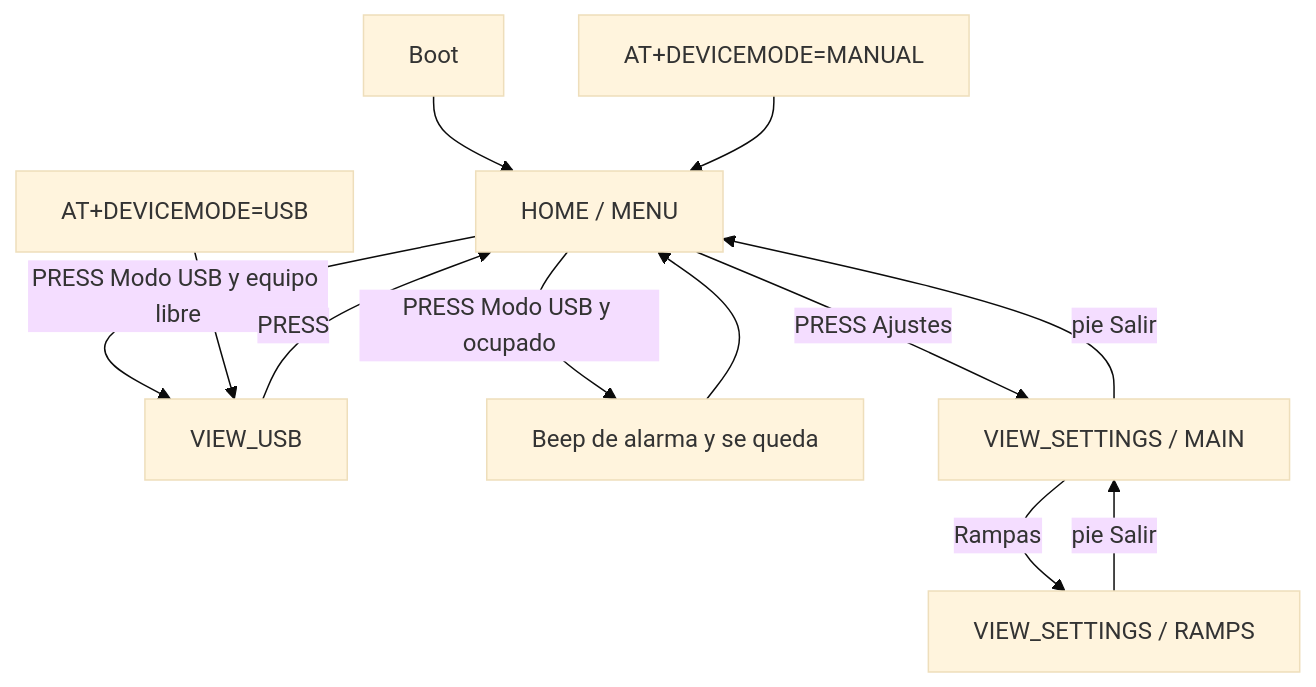
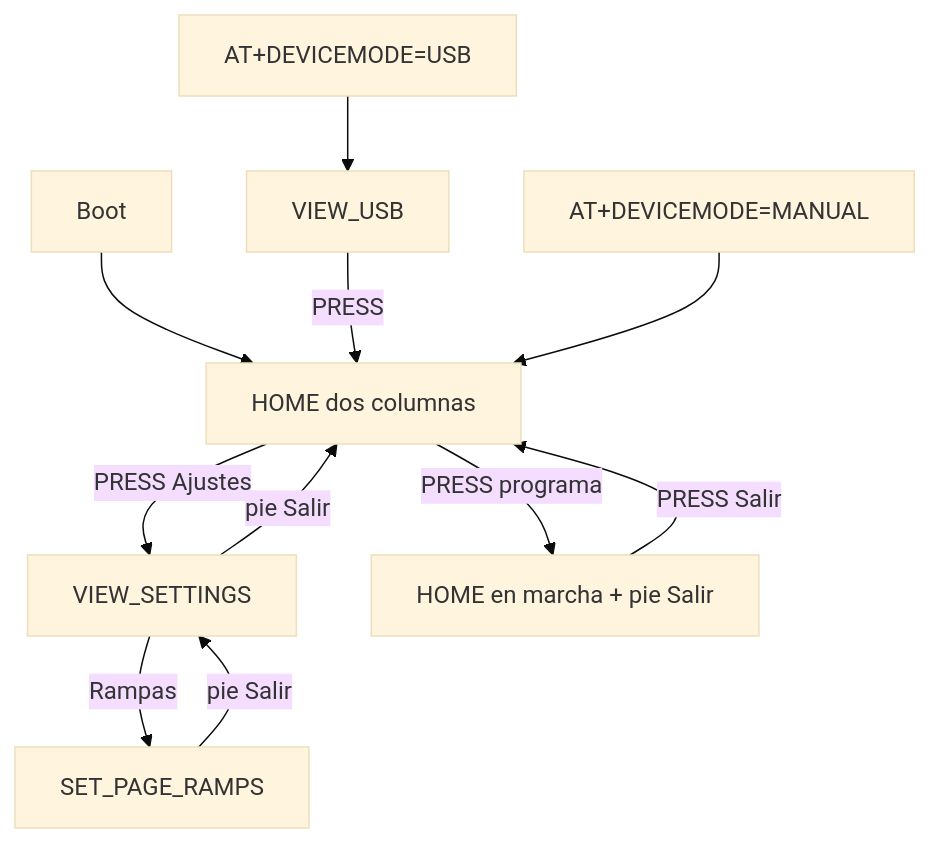
One commit to krisskira/smd-soldering-hotplate changed the third of 4 diagrams in doc/architecture.md. Above: the diagram before and after it, drawn with Mermaid (base theme). The commit also changed other lines of this file and 25 other files, not shown here.

First line of the commit message:
refactor: update home view and documentation for improved UI navigation

````diff
--- a/doc/architecture.md
+++ b/doc/architecture.md
@@ -123,14 +123,13 @@
 ```mermaid
 flowchart TD
-    boot["Boot"] --> menu["HOME / MENU"]
-    menu -->|"PRESS Modo USB y equipo libre"| usb["VIEW_USB"]
-    menu -->|"PRESS Modo USB y ocupado"| beep["Beep de alarma y se queda"]
-    beep --> menu
-    usb -->|"PRESS"| menu
-    menu -->|"PRESS Ajustes"| set["VIEW_SETTINGS / MAIN"]
-    set -->|"Rampas"| ramps["VIEW_SETTINGS / RAMPS"]
+    boot["Boot"] --> home["HOME dos columnas"]
+    home -->|"PRESS Ajustes"| set["VIEW_SETTINGS"]
+    home -->|"PRESS programa"| run["HOME en marcha + pie Salir"]
+    run -->|"PRESS Salir"| home
+    set -->|"pie Salir"| home
+    set -->|"Rampas"| ramps["SET_PAGE_RAMPS"]
     ramps -->|"pie Salir"| set
-    set -->|"pie Salir"| menu
-    atUsb["AT+DEVICEMODE=USB"] --> usb
-    atMan["AT+DEVICEMODE=MANUAL"] --> menu
+    atUsb["AT+DEVICEMODE=USB"] --> usb["VIEW_USB"]
+    usb -->|"PRESS"| home
+    atMan["AT+DEVICEMODE=MANUAL"] --> home
 ```
````
